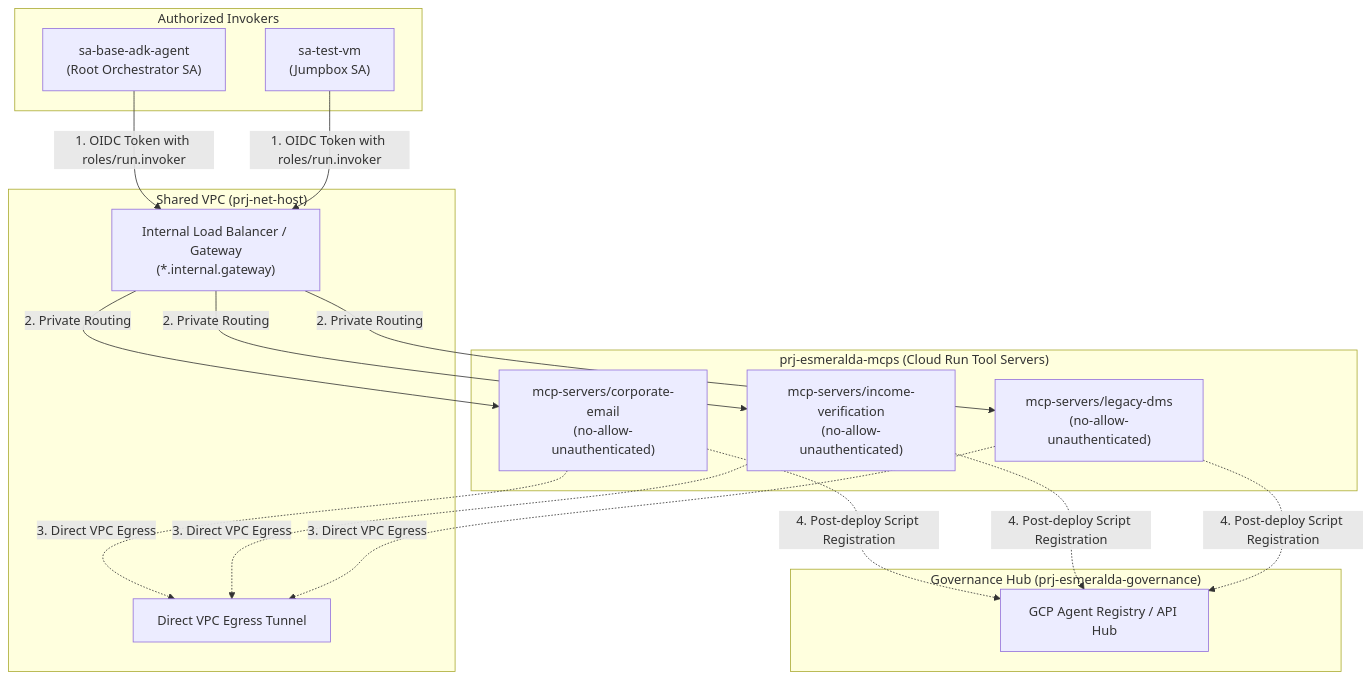
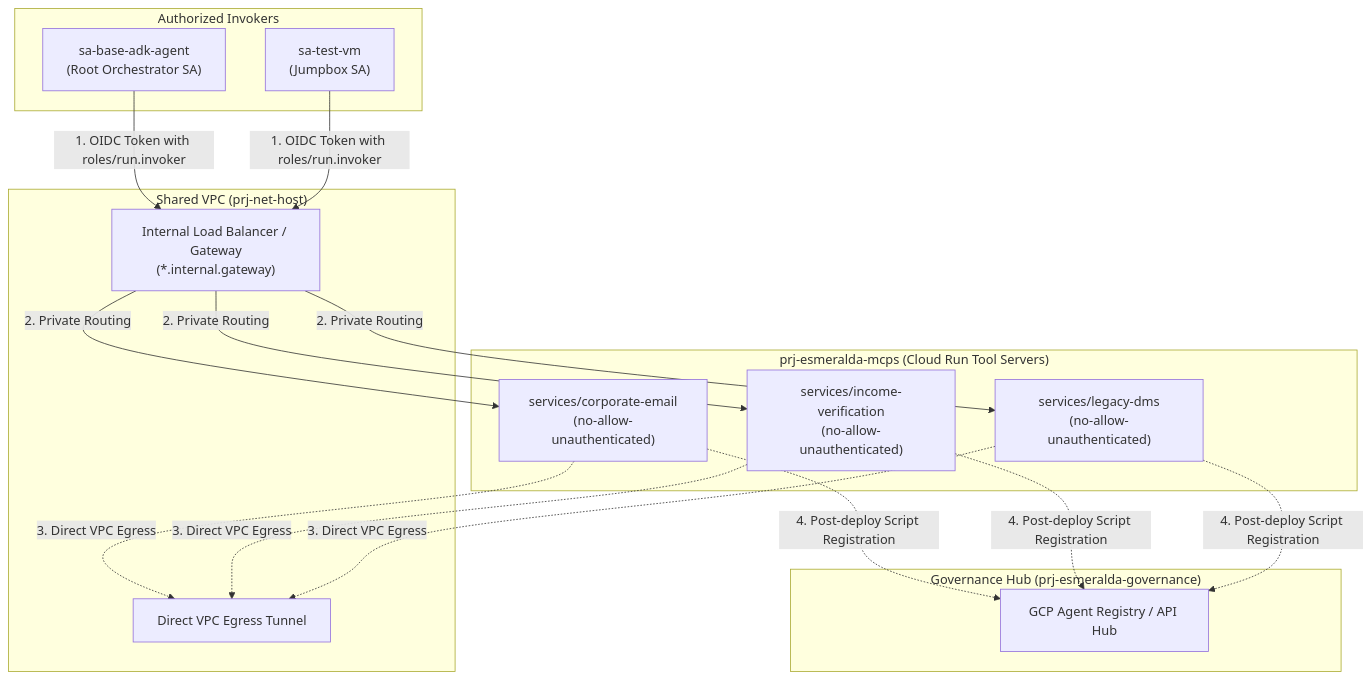
The diagram in docs/2-workloads-and-catalog/02-mcp-tool-servers.md (google/esmeralda), drawn with Mermaid before and after one commit. The commit also changed other lines of this file and 5 other files, not shown here.

````diff
--- a/docs/2-workloads-and-catalog/02-mcp-tool-servers.md
+++ b/docs/2-workloads-and-catalog/02-mcp-tool-servers.md
@@ -26,27 +26,27 @@
 ```mermaid
 graph TD
     subgraph ClientLayer["Authorized Invokers"]
         Root["sa-base-adk-agent<br/>(Root Orchestrator SA)"]
         TestVM["sa-test-vm<br/>(Jumpbox SA)"]
     end
 
     subgraph SharedVPC["Shared VPC (prj-net-host)"]
         ILB["Internal Load Balancer / Gateway<br/>(*.internal.gateway)"]
         Egress["Direct VPC Egress Tunnel"]
     end
 
     subgraph MCPSProject["prj-esmeralda-mcps (Cloud Run Tool Servers)"]
-        Email["mcp-servers/corporate-email<br/>(no-allow-unauthenticated)"]
-        Income["mcp-servers/income-verification<br/>(no-allow-unauthenticated)"]
-        DMS["mcp-servers/legacy-dms<br/>(no-allow-unauthenticated)"]
+        Email["services/corporate-email<br/>(no-allow-unauthenticated)"]
+        Income["services/income-verification<br/>(no-allow-unauthenticated)"]
+        DMS["services/legacy-dms<br/>(no-allow-unauthenticated)"]
     end
 
     subgraph Cataloging["Governance Hub (prj-esmeralda-governance)"]
         Registry["GCP Agent Registry / API Hub"]
     end
 
     Root & TestVM -->|1. OIDC Token with roles/run.invoker| ILB
     ILB -->|2. Private Routing| Email & Income & DMS
     Email & Income & DMS -.->|3. Direct VPC Egress| Egress
     Email & Income & DMS -.->|4. Post-deploy Script Registration| Registry
 ```
````
